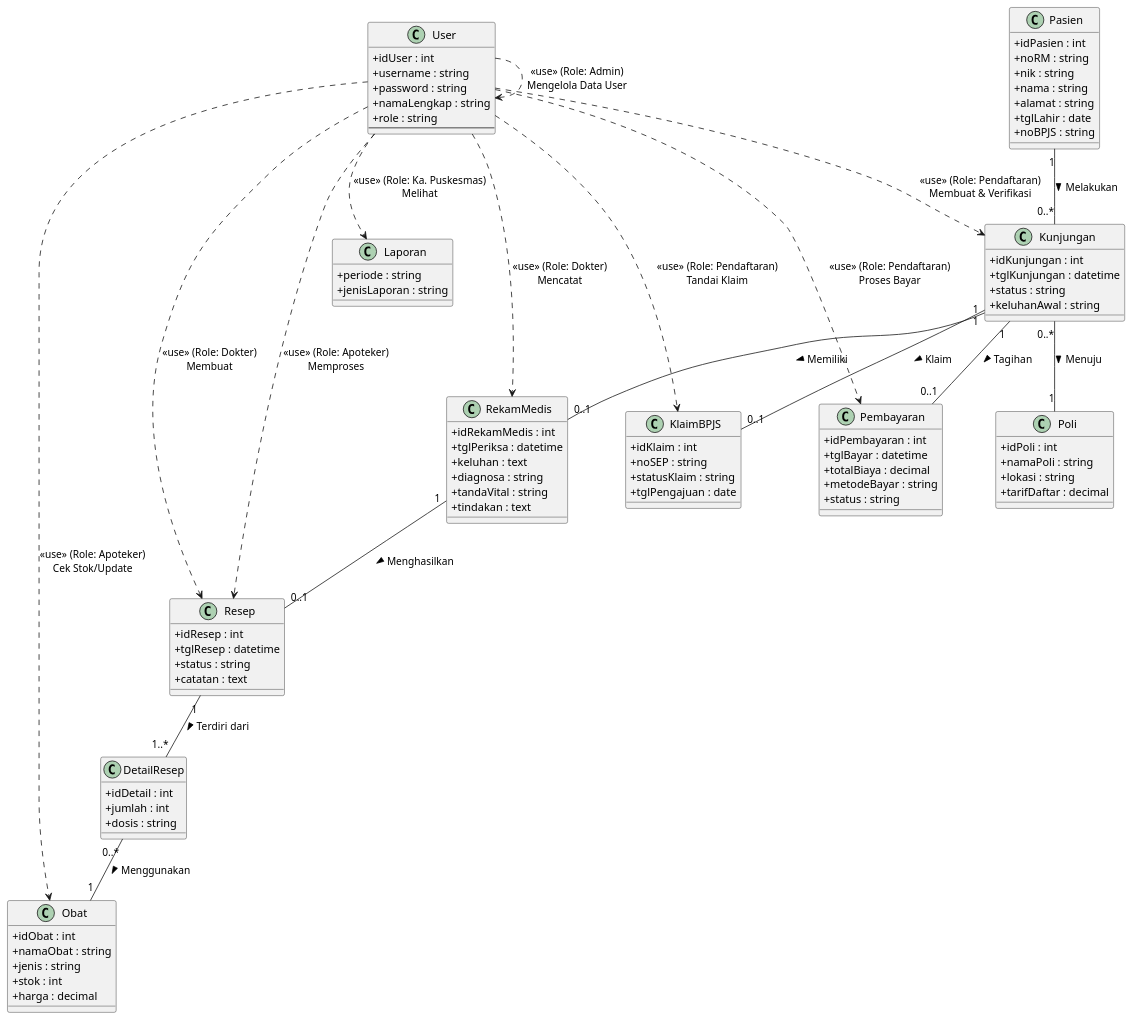
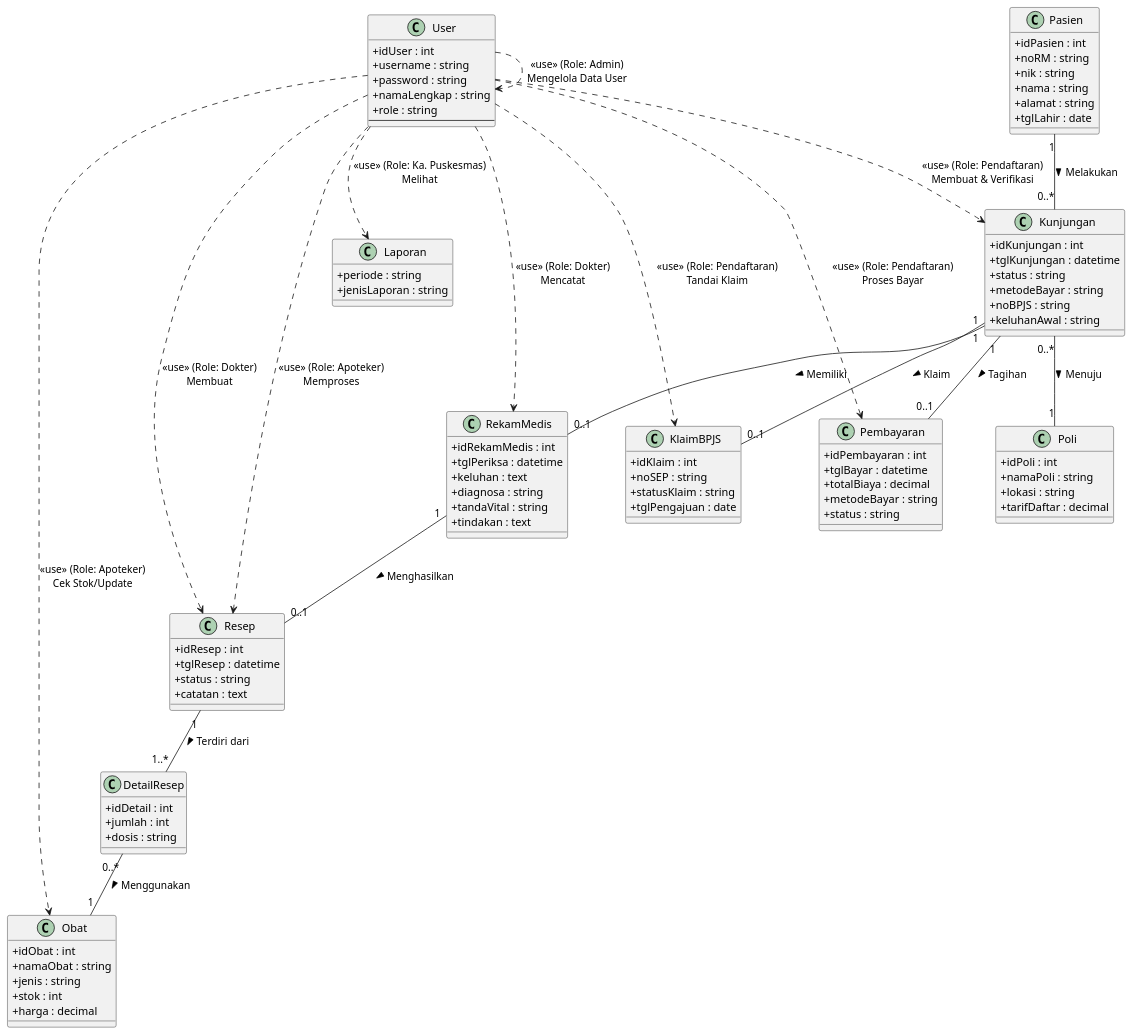
One commit to septianof/SI-PUSKES changed the diagram in docs/4-class-diagram.puml. Above: the diagram before and after it, drawn with PlantUML. The commit also changed 17 other files, not shown here.

```diff
--- a/docs/4-class-diagram.puml
+++ b/docs/4-class-diagram.puml
@@ -1,133 +1,134 @@
 @startuml
 skinparam classAttributeIconSize 0
 scale 1
 
 ' --- DEFINISI KELAS ---
 
 class User {
     +idUser : int
     +username : string
     +password : string
     +namaLengkap : string
     +role : string
     --
     ' Role values: "pendaftaran", "dokter", "apoteker", 
     ' "kepala Puskesmas", "admin"
 }
 
 class Pasien {
     +idPasien : int
     +noRM : string
     +nik : string
     +nama : string
     +alamat : string
     +tglLahir : date
-    +noBPJS : string
 }
 
 class Kunjungan {
     +idKunjungan : int
     +tglKunjungan : datetime
     +status : string
+    +metodeBayar : string
+    +noBPJS : string
     +keluhanAwal : string
 }
 
 class Poli {
     +idPoli : int
     +namaPoli : string
     +lokasi : string
     +tarifDaftar : decimal
 }
 
 class RekamMedis {
     +idRekamMedis : int
     +tglPeriksa : datetime
     +keluhan : text
     +diagnosa : string
     +tandaVital : string
     +tindakan : text
 }
 
 class Resep {
     +idResep : int
     +tglResep : datetime
     +status : string
     +catatan : text
 }
 
 class DetailResep {
     +idDetail : int
     +jumlah : int
     +dosis : string
 }
 
 class Obat {
     +idObat : int
     +namaObat : string
     +jenis : string
     +stok : int
     +harga : decimal
 }
 
 class Pembayaran {
     +idPembayaran : int
     +tglBayar : datetime
     +totalBiaya : decimal
     +metodeBayar : string
     +status : string
 }
 
 class KlaimBPJS {
     +idKlaim : int
     +noSEP : string
     +statusKlaim : string
     +tglPengajuan : date
 }
 
 class Laporan {
     ' Kelas representasi untuk modul laporan
     +periode : string
     +jenisLaporan : string
 }
 
 ' --- RELASI ANTAR KELAS UTAMA (Sesuai Poin D.1 & D.2 Akhir) ---
 
 Pasien "1" -- "0..*" Kunjungan : Melakukan >
 Kunjungan "0..*" -- "1" Poli : Menuju >
 
 ' Satu kunjungan menghasilkan satu rekam medis
 Kunjungan "1" -- "0..1" RekamMedis : Memiliki >
 
 ' Satu kunjungan bisa memiliki tagihan pembayaran atau klaim BPJS
 Kunjungan "1" -- "0..1" Pembayaran : Tagihan >
 Kunjungan "1" -- "0..1" KlaimBPJS : Klaim >
 
 ' Rekam Medis terkait dengan Resep (Dokter buat resep saat periksa)
 RekamMedis "1" -- "0..1" Resep : Menghasilkan >
 
 ' Detail Resep menghubungkan Resep dan Obat (Many-to-Many via intermediate table)
 Resep "1" -- "1..*" DetailResep : Terdiri dari >
 DetailResep "0..*" -- "1" Obat : Menggunakan >
 
 ' --- RELASI USER BERDASARKAN ROLE (Sesuai Poin D.2) ---
 
 ' Role: Pendaftaran -> Kunjungan, Pembayaran, KlaimBPJS
 User ..> Kunjungan : <<use>> (Role: Pendaftaran)\nMembuat & Verifikasi
 User ..> Pembayaran : <<use>> (Role: Pendaftaran)\nProses Bayar
 User ..> KlaimBPJS : <<use>> (Role: Pendaftaran)\nTandai Klaim
 
 ' Role: Dokter -> Rekam Medis, Resep
 User ..> RekamMedis : <<use>> (Role: Dokter)\nMencatat
 User ..> Resep : <<use>> (Role: Dokter)\nMembuat
 
 ' Role: Apoteker -> Resep, Obat
 User ..> Resep : <<use>> (Role: Apoteker)\nMemproses
 User ..> Obat : <<use>> (Role: Apoteker)\nCek Stok/Update
 
 ' Role: Kepala Puskesmas -> Laporan
 User ..> Laporan : <<use>> (Role: Ka. Puskesmas)\nMelihat
 
 ' Role: Admin -> User (Self relation for management)
 User ..> User : <<use>> (Role: Admin)\nMengelola Data User
 
 @enduml
```
